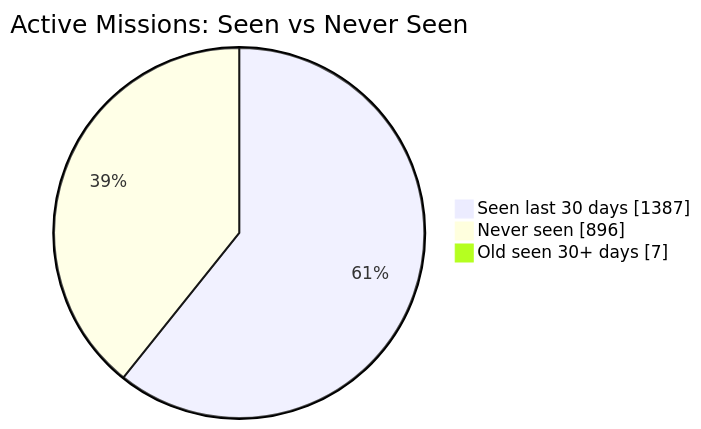
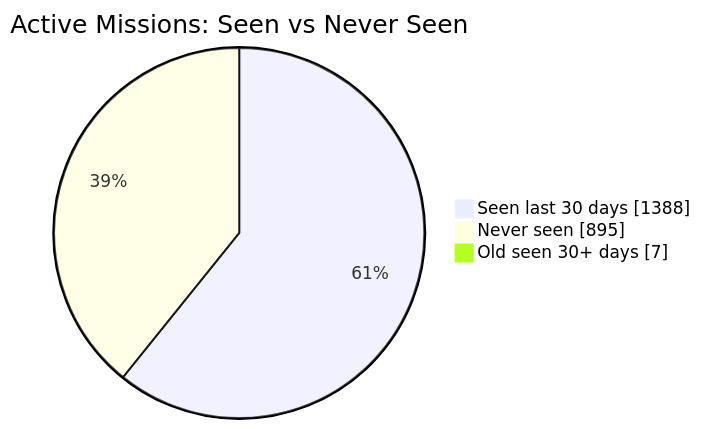
One commit to MeldkamerspelGameTeam/active-missions changed the first of 2 diagrams in README.md. Above: the diagram before and after it, drawn with Mermaid. The commit also changed other lines of this file and 7 other files, not shown here.

````diff
--- a/README.md
+++ b/README.md
@@ -34,7 +34,7 @@
 ```mermaid
 pie showData
     title Active Missions: Seen vs Never Seen
-    "Seen last 30 days" : 1387
-    "Never seen" : 896
+    "Seen last 30 days" : 1388
+    "Never seen" : 895
     "Old seen 30+ days" : 7
 ```
````
